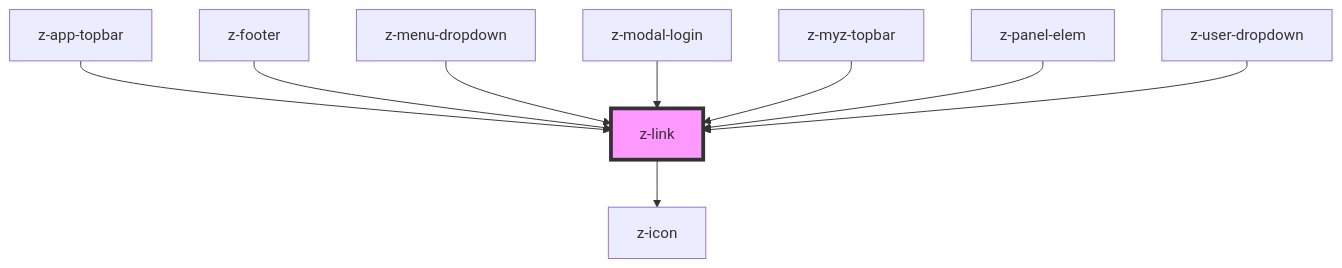
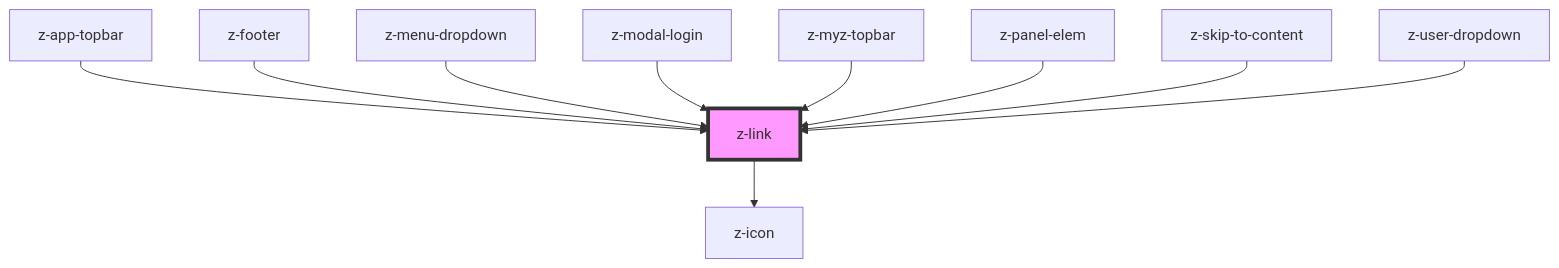
One commit to ZanichelliEditore/design-system changed the diagram in src/components/navigation/z-link/readme.md. Above: the diagram before and after it, drawn with Mermaid. The commit also changed other lines of this file and 5 other files, not shown here.

Commit message:
feat: add prop links to manage z-link into skip-to-content

````diff
--- a/src/components/navigation/z-link/readme.md
+++ b/src/components/navigation/z-link/readme.md
@@ -65,12 +66,13 @@
 ```mermaid
 graph TD;
   z-link --> z-icon
   z-app-topbar --> z-link
   z-footer --> z-link
   z-menu-dropdown --> z-link
   z-modal-login --> z-link
   z-myz-topbar --> z-link
   z-panel-elem --> z-link
+  z-skip-to-content --> z-link
   z-user-dropdown --> z-link
   style z-link fill:#f9f,stroke:#333,stroke-width:4px
 ```
````
